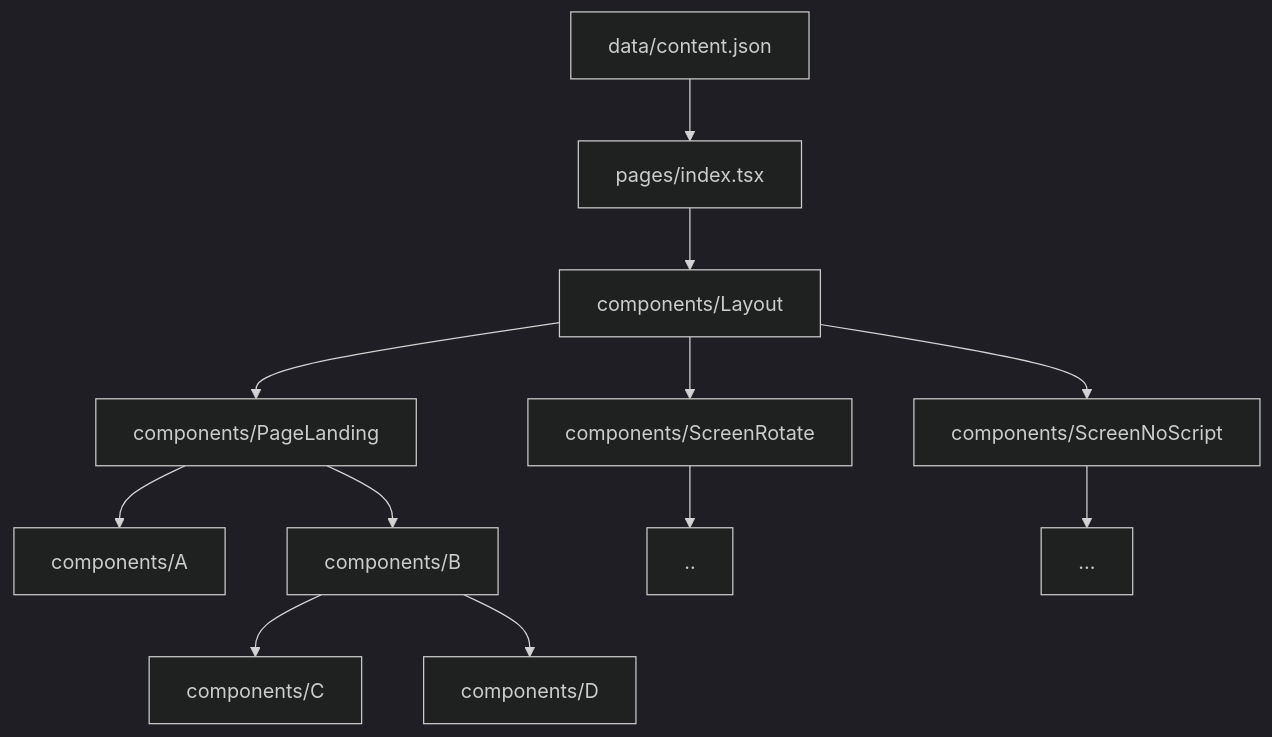
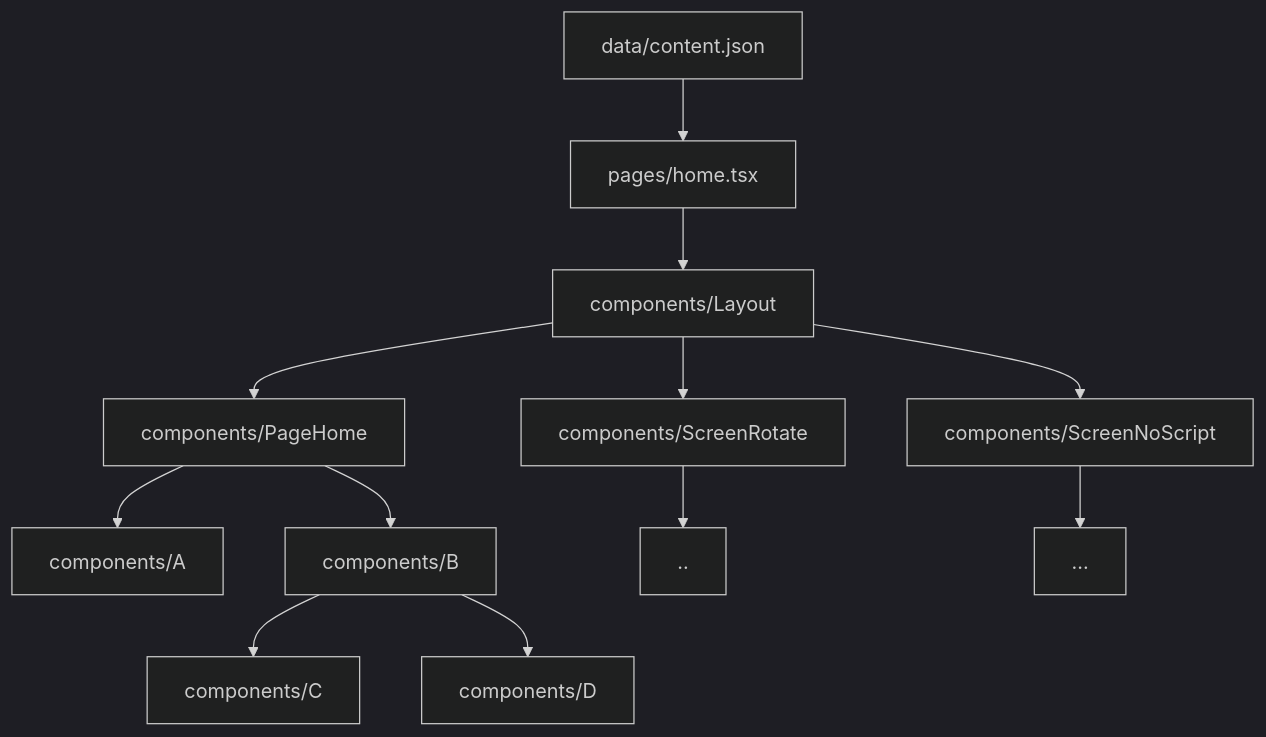
Before and after one commit to Experience-Monks/nextjs-boilerplate: the diagram in docs/copy-management.md, drawn with Mermaid (dark theme). The commit also changed other lines of this file and 5 other files, not shown here.

````diff
--- a/docs/copy-management.md
+++ b/docs/copy-management.md
@@ -60,14 +75,14 @@
 ```mermaid
-  graph TD;
-  data/content.json-->pages/index.tsx;
-      pages/index.tsx-->components/Layout;
-      components/Layout-->components/PageLanding;
-      components/Layout-->components/ScreenRotate;
-      components/Layout-->components/ScreenNoScript;
-      components/PageLanding-->components/A;
-      components/PageLanding-->components/B;
-      components/B-->components/C;
-      components/B-->components/D;
-      components/ScreenRotate-->..;
-      components/ScreenNoScript-->...;
+graph TD;
+  data/content.json-->pages/home.tsx;
+  pages/home.tsx-->components/Layout;
+  components/Layout-->components/PageHome;
+  components/Layout-->components/ScreenRotate;
+  components/Layout-->components/ScreenNoScript;
+  components/PageHome-->components/A;
+  components/PageHome-->components/B;
+  components/B-->components/C;
+  components/B-->components/D;
+  components/ScreenRotate-->..;
+  components/ScreenNoScript-->...;
 ```
````
